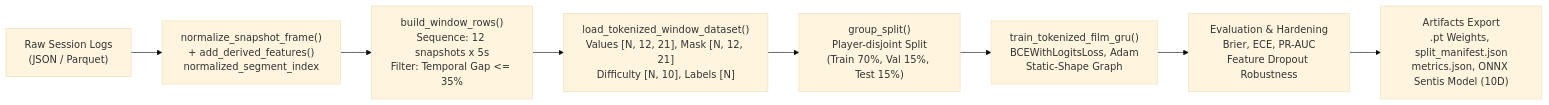
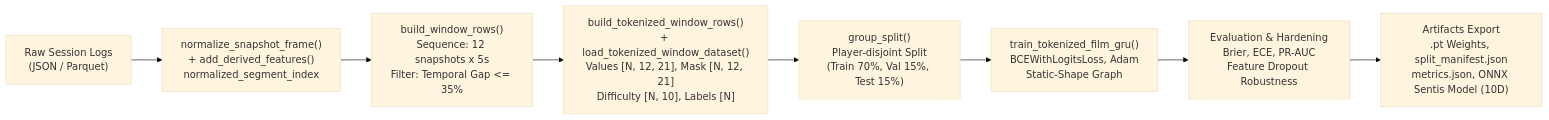
One commit to sonbm-itealvn/DDA-models changed the fourth of 12 diagrams in SYSTEM_ARCHITECTURE_ANALYSIS.md. Above: the diagram before and after it, drawn with Mermaid (base theme). The commit also changed other lines of this file and 10 other files, not shown here.

Commit message:
Align code with system architecture analysis

````diff
--- a/SYSTEM_ARCHITECTURE_ANALYSIS.md
+++ b/SYSTEM_ARCHITECTURE_ANALYSIS.md
@@ -214,10 +214,10 @@
 ```mermaid
 flowchart LR
     A["Raw Session Logs<br/>(JSON / Parquet)"] --> B["normalize_snapshot_frame()<br/>+ add_derived_features()<br/>normalized_segment_index"]
     B --> C["build_window_rows()<br/>Sequence: 12 snapshots x 5s<br/>Filter: Temporal Gap <= 35%"]
-    C --> D["load_tokenized_window_dataset()<br/>Values [N, 12, 21], Mask [N, 12, 21]<br/>Difficulty [N, 10], Labels [N]"]
+    C --> D["build_tokenized_window_rows()<br/>+ load_tokenized_window_dataset()<br/>Values [N, 12, 21], Mask [N, 12, 21]<br/>Difficulty [N, 10], Labels [N]"]
     D --> E["group_split()<br/>Player-disjoint Split<br/>(Train 70%, Val 15%, Test 15%)"]
     E --> F["train_tokenized_film_gru()<br/>BCEWithLogitsLoss, Adam<br/>Static-Shape Graph"]
     F --> G["Evaluation & Hardening<br/>Brier, ECE, PR-AUC<br/>Feature Dropout Robustness"]
     G --> H["Artifacts Export<br/>.pt Weights, split_manifest.json<br/>metrics.json, ONNX Sentis Model (10D)"]
 ```
````
